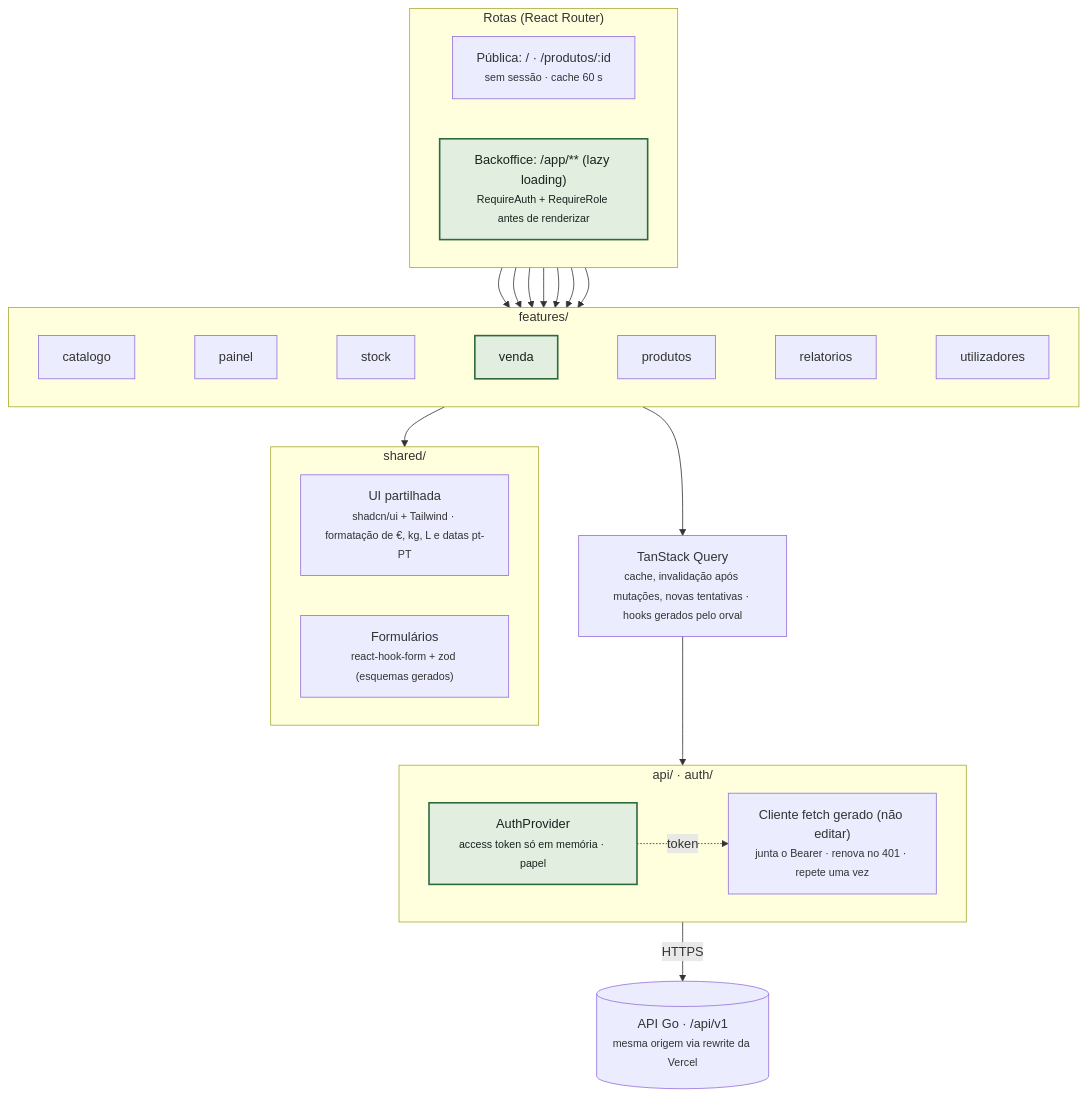
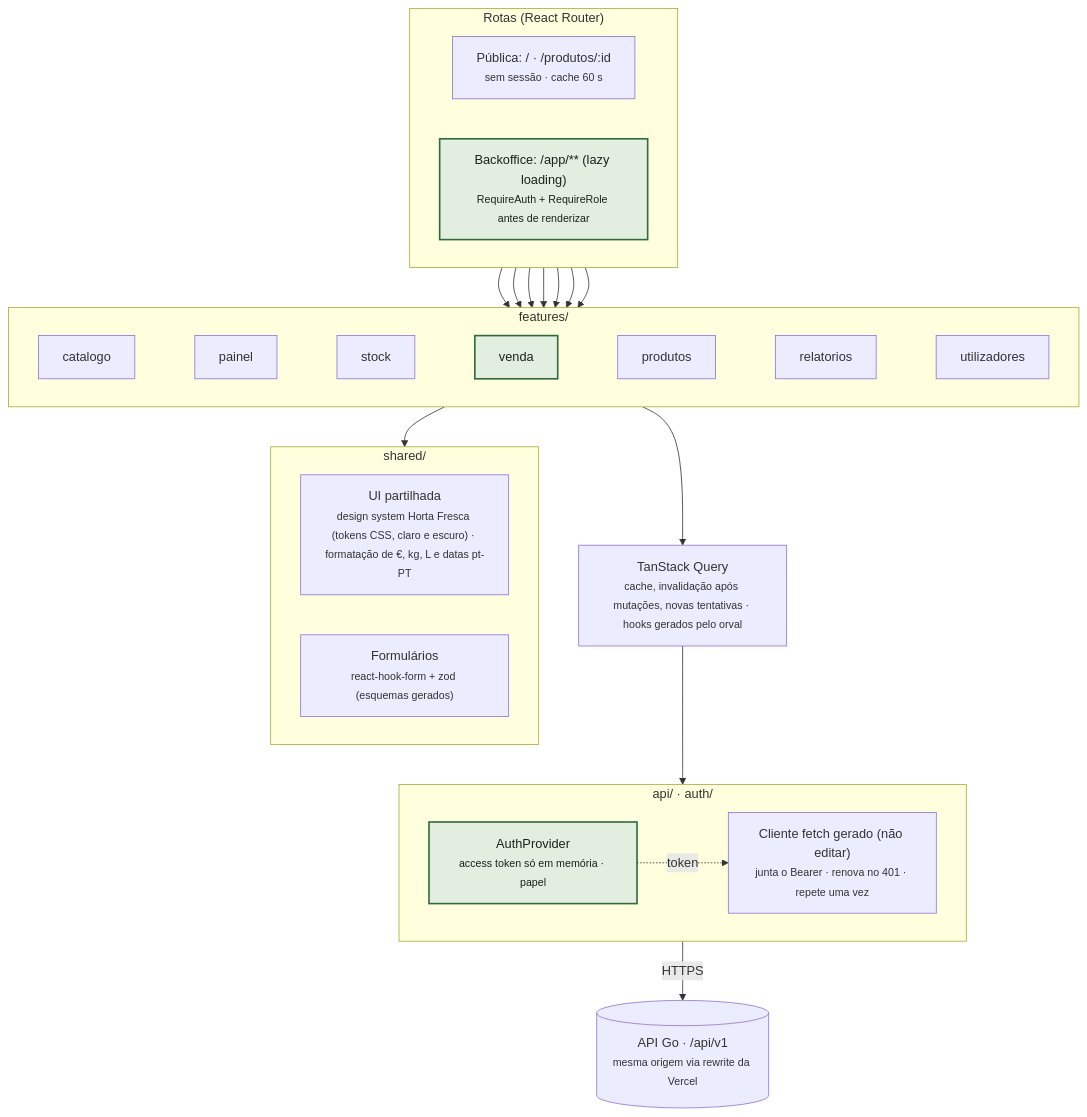
One commit to VascoDuart/loja-da-quinta changed the diagram in docs/architecture/frontend.md. Above: the diagram before and after it, drawn with Mermaid. The commit also changed other lines of this file and 5 other files, not shown here.

First line of the commit message:
docs: acrescenta ADR-0013 e a documentação do design system

````diff
--- a/docs/architecture/frontend.md
+++ b/docs/architecture/frontend.md
@@ -7,39 +7,39 @@
 ```mermaid
 flowchart TB
     subgraph ROUTES["Rotas (React Router)"]
         direction LR
         PUB["Pública: / · /produtos/:id<br/><small>sem sessão · cache 60 s</small>"]
         BO["Backoffice: /app/** (lazy loading)<br/><small>RequireAuth + RequireRole antes de renderizar</small>"]
     end
 
     subgraph FEAT["features/"]
         direction LR
         F1[catalogo] ~~~ F2[painel] ~~~ F3[stock] ~~~ F4[venda] ~~~ F5[produtos] ~~~ F6[relatorios] ~~~ F7[utilizadores]
     end
 
     subgraph SHARED["shared/"]
         direction LR
-        UI["UI partilhada<br/><small>shadcn/ui + Tailwind · formatação de €, kg, L e datas pt-PT</small>"]
+        UI["UI partilhada<br/><small>design system Horta Fresca (tokens CSS, claro e escuro) · formatação de €, kg, L e datas pt-PT</small>"]
         FORMS["Formulários<br/><small>react-hook-form + zod (esquemas gerados)</small>"]
     end
 
     TQ["TanStack Query<br/><small>cache, invalidação após mutações, novas tentativas · hooks gerados pelo orval</small>"]
 
     subgraph DATA["api/ · auth/"]
         direction LR
         CLIENT["Cliente fetch gerado (não editar)<br/><small>junta o Bearer · renova no 401 · repete uma vez</small>"]
         AUTHP["AuthProvider<br/><small>access token só em memória · papel</small>"]
     end
 
     API[("API Go · /api/v1<br/><small>mesma origem via rewrite da Vercel</small>")]
 
     PUB --> F1
     BO --> F2 & F3 & F4 & F5 & F6 & F7
     FEAT --> SHARED
     FEAT --> TQ --> CLIENT
     AUTHP -. "token" .-> CLIENT
     CLIENT -- "HTTPS" --> API
 
     classDef hot fill:#e1eee0,stroke:#2e6a3b,stroke-width:2px,color:#1b221e
     class BO,F4,AUTHP hot
 ```
````
